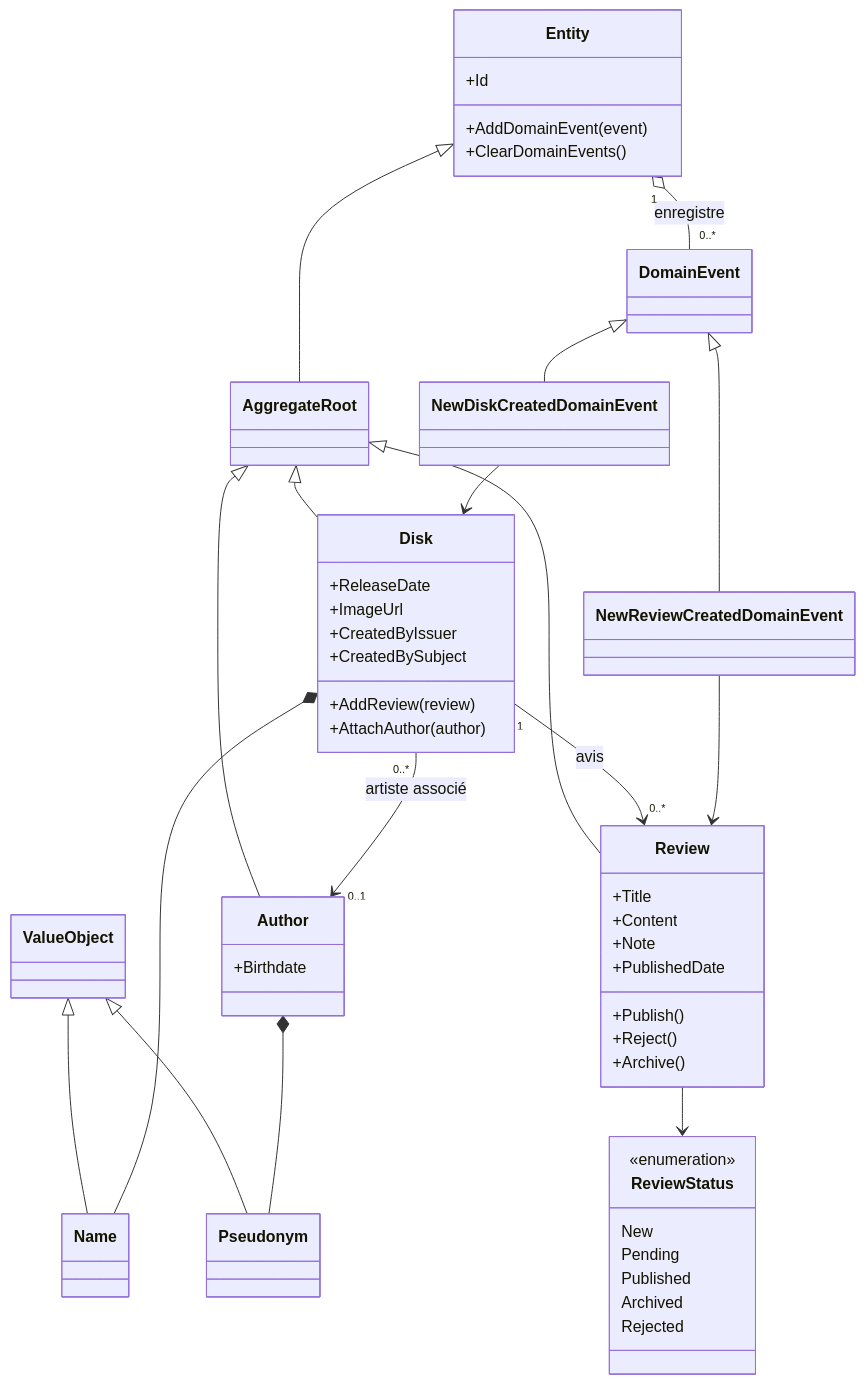
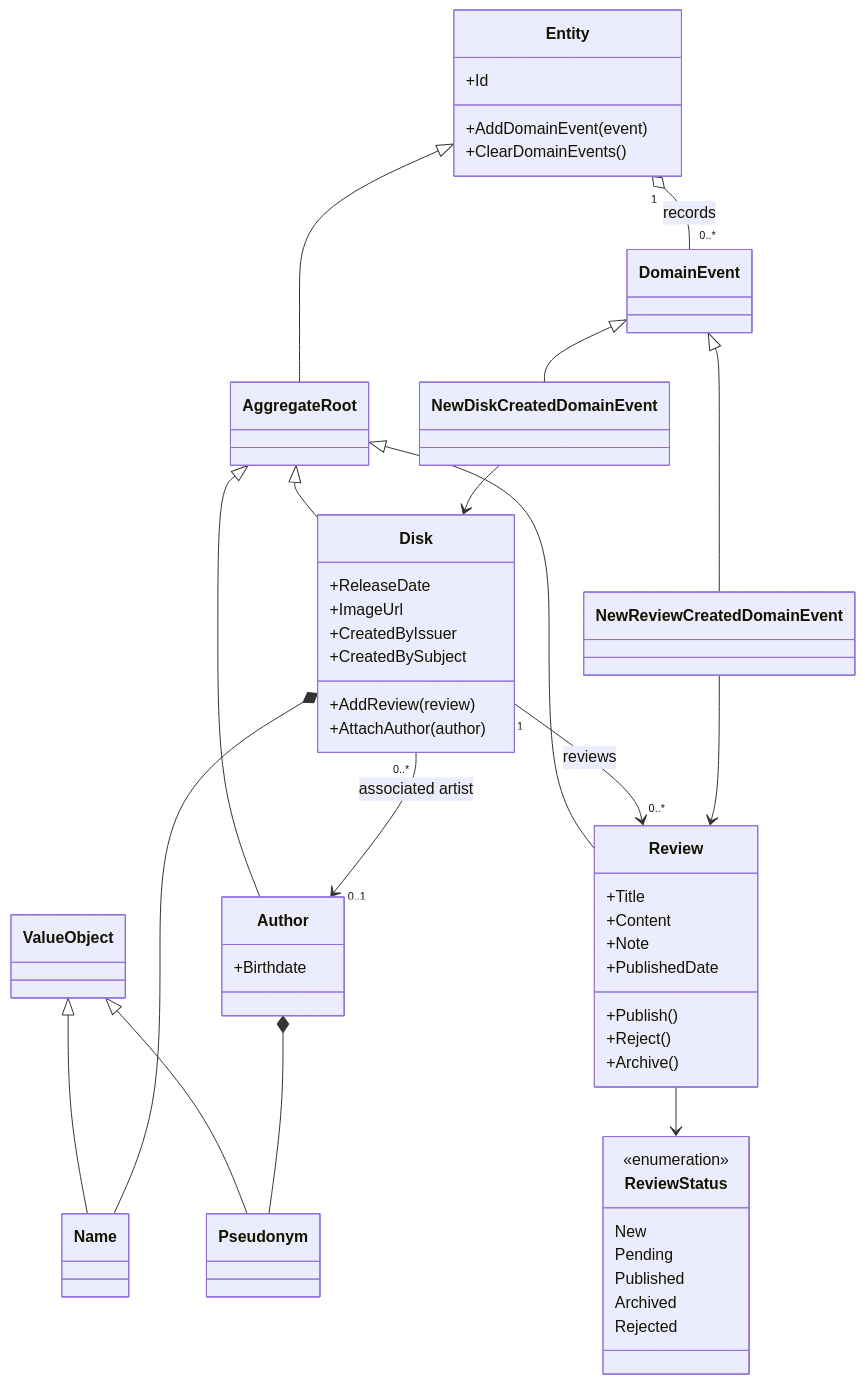
Before and after one commit to Fabian-Raeskinet/mydisk-api: the first of 5 diagrams in docs/CLASSES.md, drawn with Mermaid. The commit also changed other lines of this file and 5 other files, not shown here.

Commit message:
update documentation: rename use cases file and translate architecture content to English

````diff
--- a/docs/CLASSES.md
+++ b/docs/CLASSES.md
@@ -9,53 +9,53 @@
 ```mermaid
 classDiagram
     Entity <|-- AggregateRoot
     AggregateRoot <|-- Disk
     AggregateRoot <|-- Author
     AggregateRoot <|-- Review
     ValueObject <|-- Name
     ValueObject <|-- Pseudonym
     DomainEvent <|-- NewDiskCreatedDomainEvent
     DomainEvent <|-- NewReviewCreatedDomainEvent
-    Entity "1" o-- "0..*" DomainEvent : enregistre
+    Entity "1" o-- "0..*" DomainEvent : records
     Disk *-- Name
     Author *-- Pseudonym
-    Disk "0..*" --> "0..1" Author : artiste associé
-    Disk "1" --> "0..*" Review : avis
+    Disk "0..*" --> "0..1" Author : associated artist
+    Disk "1" --> "0..*" Review : reviews
     Review --> ReviewStatus
     NewDiskCreatedDomainEvent --> Disk
     NewReviewCreatedDomainEvent --> Review
 
     class Entity {
         +Id
         +AddDomainEvent(event)
         +ClearDomainEvents()
     }
     class Disk {
         +ReleaseDate
         +ImageUrl
         +CreatedByIssuer
         +CreatedBySubject
         +AddReview(review)
         +AttachAuthor(author)
     }
     class Author {
         +Birthdate
     }
     class Review {
         +Title
         +Content
         +Note
         +PublishedDate
         +Publish()
         +Reject()
         +Archive()
     }
     class ReviewStatus {
         <<enumeration>>
         New
         Pending
         Published
         Archived
         Rejected
     }
 ```
````
